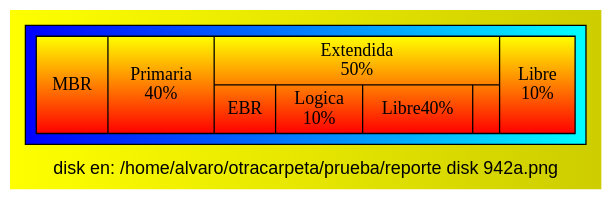
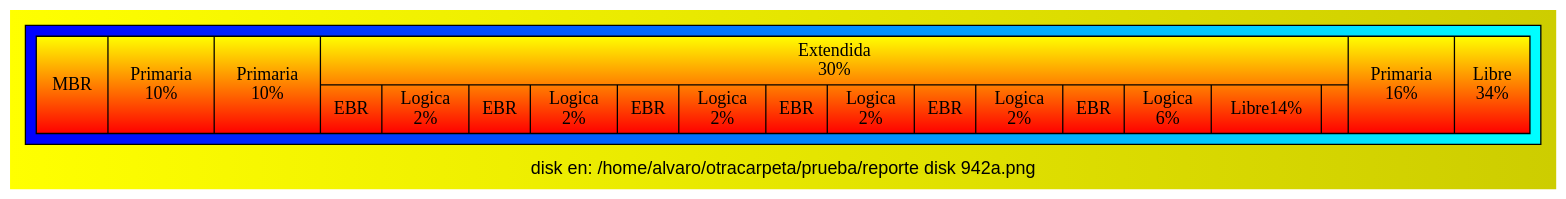
One commit to Alvaro-SP/-MIA-B-_Proyecto1_202000194 changed the diagram in src/REPORTE_DISKS_202000194.dot. Above: the diagram before and after it, drawn with Graphviz. The commit also changed 14 other files, not shown here.

```diff
--- a/src/REPORTE_DISKS_202000194.dot
+++ b/src/REPORTE_DISKS_202000194.dot
@@ -1,15 +1,15 @@
 digraph migraph{
      bgcolor="yellow:yellow3"    
  gradientangle=0   
  label="disk en: /home/alvaro/otracarpeta/prueba/reporte disk 942a.png"  
   fontcolor="black"  
   fontname="Helvetica,Arial,sans-serif"
  subgraph cluster1 {
  fillcolor="blue:cyan"
  label=""
  fontcolor="white"
  style="filled"
   node[shape=record fillcolor="red:yellow" style="filled" gradientangle=90]
- nod[label="MBR \n | Primaria \n 40%| { Extendida \n 50% | {EBR | Logica \n10% |Libre40% | } } | Libre \n 10%" ];
+ nod[label="MBR \n | Primaria \n 10%| Primaria \n 10%| { Extendida \n 30% | {EBR | Logica \n2% |EBR | Logica \n2% |EBR | Logica \n2% |EBR | Logica \n2% |EBR | Logica \n2% |EBR | Logica \n6% |Libre14% | } } | Primaria \n 16%| Libre \n 34%" ];
 }
 }
```
